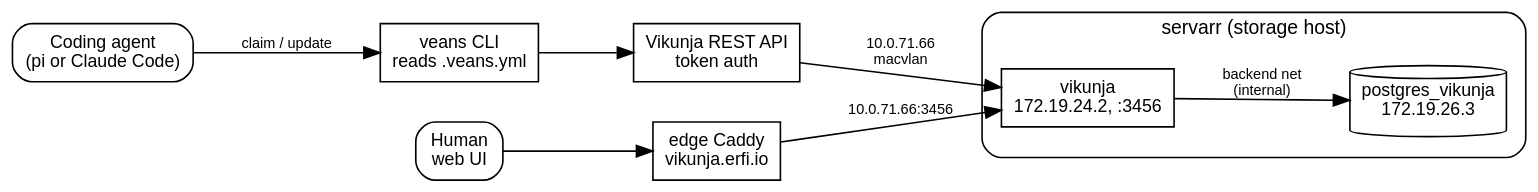
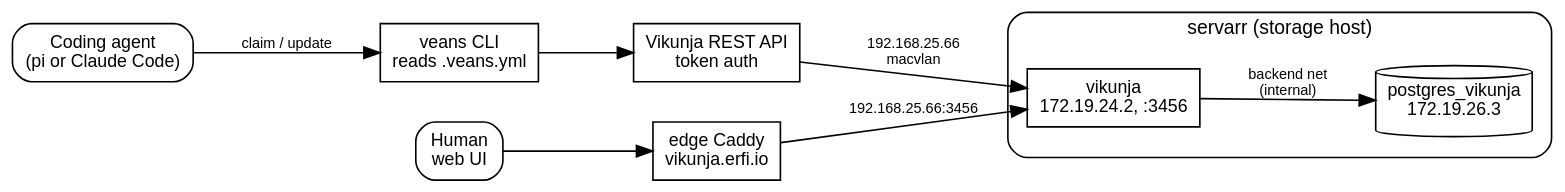
One commit to erfianugrah/lexicanum changed the first of 2 diagrams in src/content/docs/reference/kanban-board-for-coding-agents.mdx. Above: the diagram before and after it, drawn with Graphviz. The commit also changed other lines of this file and 17 other files, not shown here.

````diff
--- a/src/content/docs/reference/kanban-board-for-coding-agents.mdx
+++ b/src/content/docs/reference/kanban-board-for-coding-agents.mdx
@@ -120,27 +120,27 @@
 ```dot
 digraph {
   rankdir=LR; bgcolor="transparent"; nodesep=0.35; ranksep=0.8;
   fontname="Helvetica,Arial,sans-serif";
   node [fontname="Helvetica,Arial,sans-serif", fontsize=11, shape=box];
   edge [fontname="Helvetica,Arial,sans-serif", fontsize=9];
 
   agent [label="Coding agent\n(pi or Claude Code)", shape=box, style=rounded];
   veans [label="veans CLI\nreads .veans.yml"];
   api   [label="Vikunja REST API\ntoken auth"];
   human [label="Human\nweb UI", shape=box, style=rounded];
   caddy [label="edge Caddy\nvikunja.erfi.io"];
 
   subgraph cluster_servarr {
     label="servarr (storage host)"; style=rounded; fontsize=12; margin=12;
     vk [label="vikunja\n172.19.24.2, :3456"];
     pg [label="postgres_vikunja\n172.19.26.3", shape=cylinder];
   }
 
   agent -> veans [label="claim / update"];
   veans -> api;
-  api   -> vk  [label="10.0.71.66\nmacvlan"];
+  api   -> vk  [label="192.168.25.66\nmacvlan"];
   human -> caddy;
-  caddy -> vk  [label="10.0.71.66:3456"];
+  caddy -> vk  [label="192.168.25.66:3456"];
   vk    -> pg  [label="backend net\n(internal)"];
 }
 ```
````
